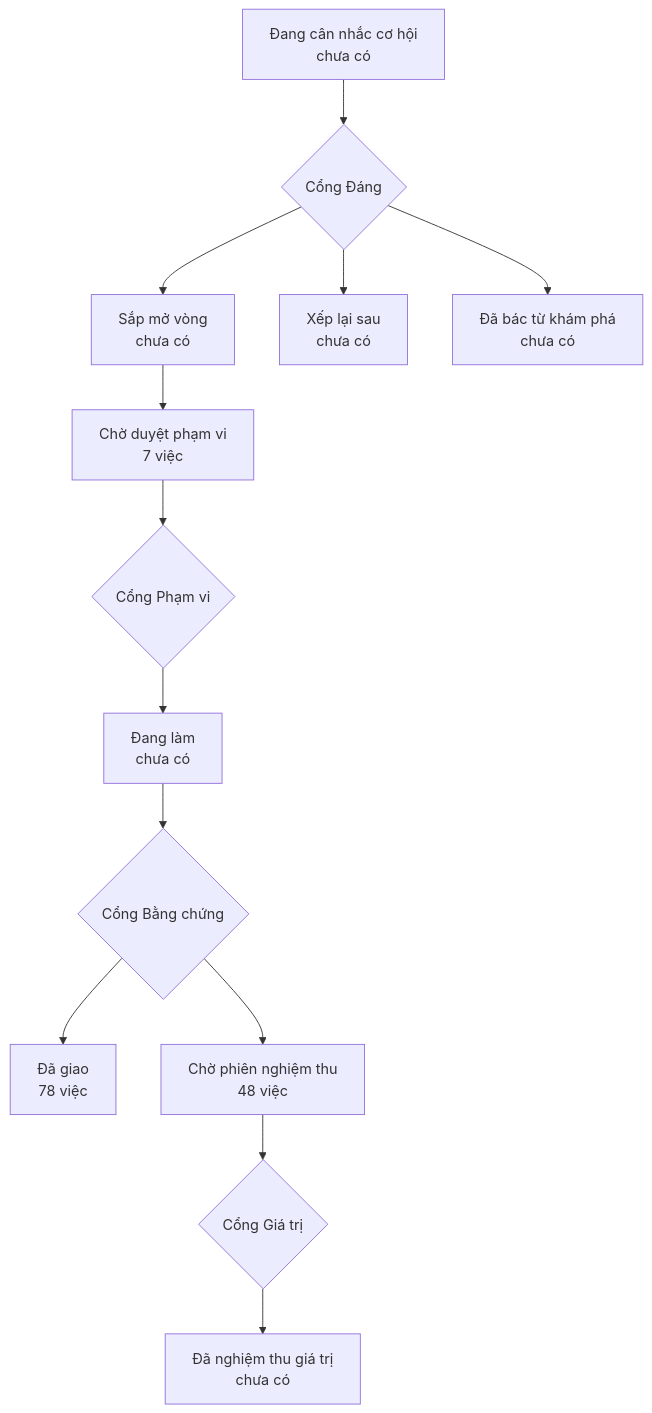
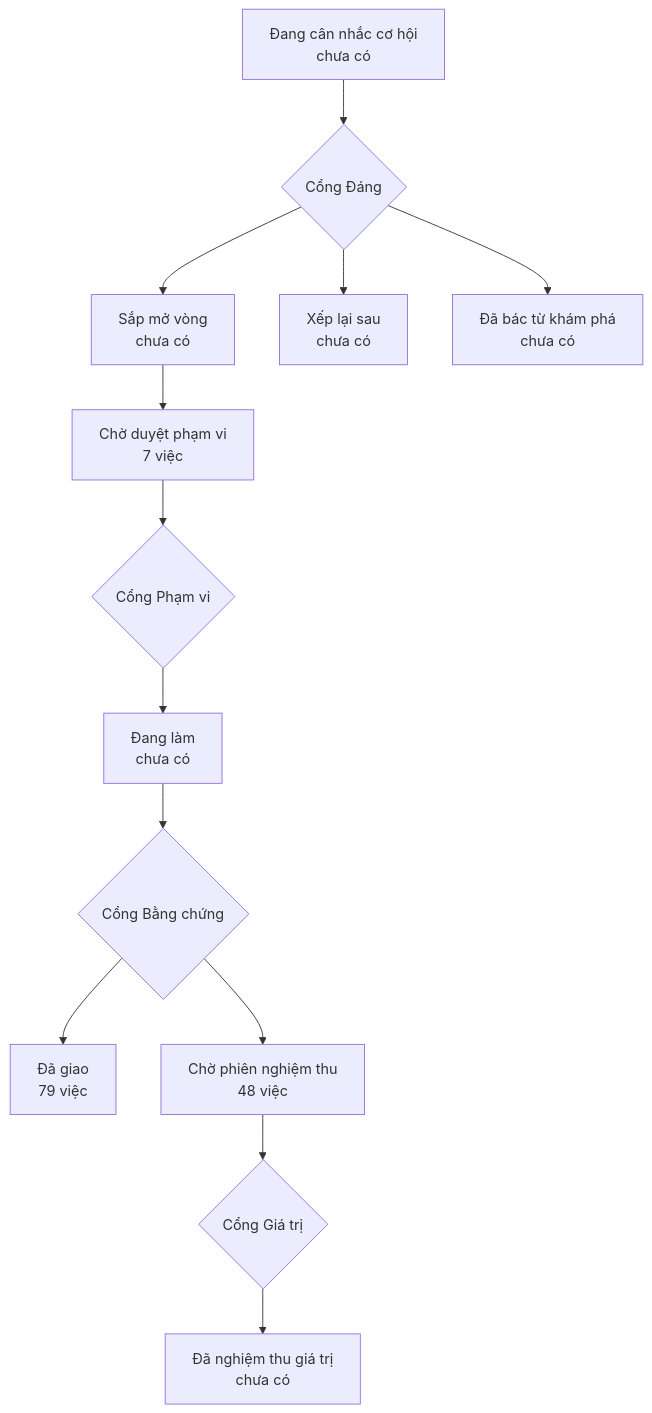
Before and after one commit to phanlemanh/onehub-invest: the diagram in PRODUCT-MAP.md, drawn with Mermaid. The commit also changed other lines of this file and 4 other files, not shown here.

````diff
--- a/PRODUCT-MAP.md
+++ b/PRODUCT-MAP.md
@@ -7,12 +7,12 @@
 ```mermaid
 flowchart TD
   A["Đang cân nhắc cơ hội<br/>chưa có"] --> GD{"Cổng Đáng"}
   GD --> B["Sắp mở vòng<br/>chưa có"]
   GD --> XL["Xếp lại sau<br/>chưa có"]
   GD --> DB["Đã bác từ khám phá<br/>chưa có"]
   B --> CD["Chờ duyệt phạm vi<br/>7 việc"] --> GP{"Cổng Phạm vi"}
   GP --> DL["Đang làm<br/>chưa có"] --> GB{"Cổng Bằng chứng"}
-  GB --> DG["Đã giao<br/>78 việc"]
+  GB --> DG["Đã giao<br/>79 việc"]
   GB --> CN["Chờ phiên nghiệm thu<br/>48 việc"] --> GG{"Cổng Giá trị"}
   GG --> NT["Đã nghiệm thu giá trị<br/>chưa có"]
 ```
````
